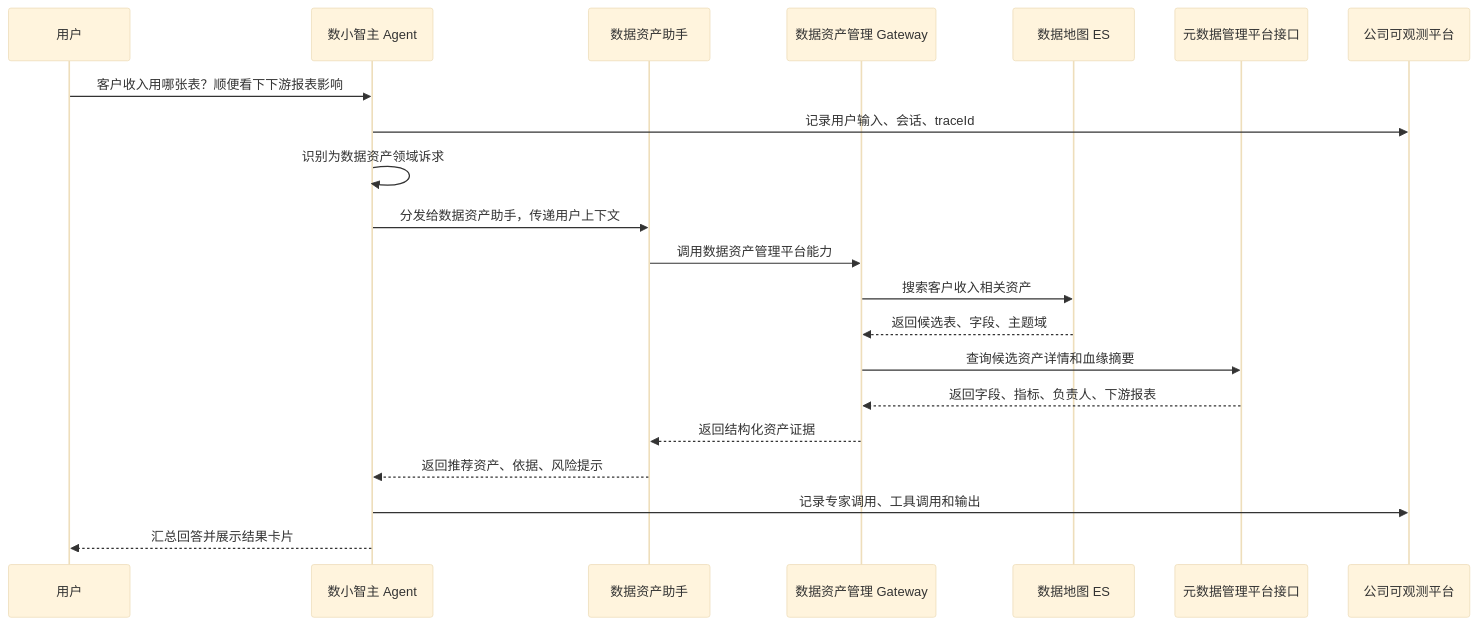
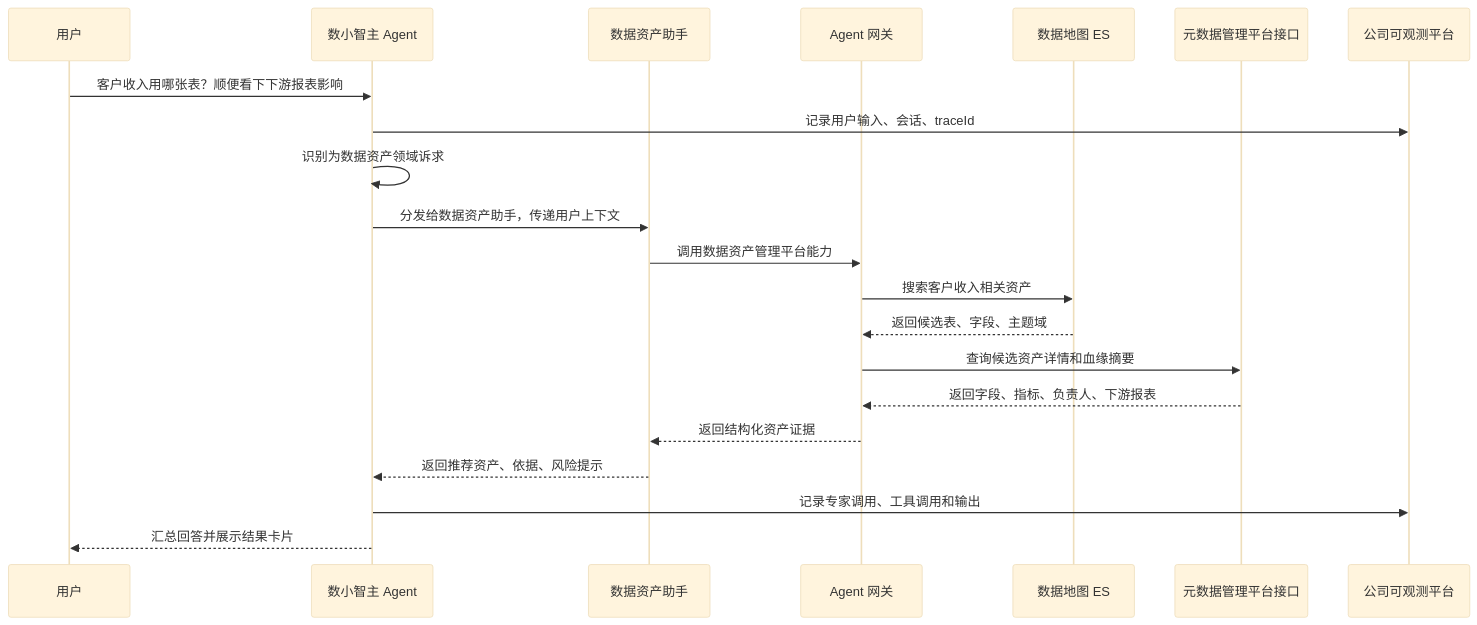
The third of 3 diagrams in 数据资产助手/02-数据资产助手定位与数小智关系.md (ShaneLiu001/dataasset), drawn with Mermaid (base theme) before and after one commit. The commit also changed other lines of this file and 17 other files, not shown here.

````diff
--- a/数据资产助手/02-数据资产助手定位与数小智关系.md
+++ b/数据资产助手/02-数据资产助手定位与数小智关系.md
@@ -100,24 +100,24 @@
 ```mermaid
 sequenceDiagram
   participant U as 用户
   participant X as 数小智主 Agent
   participant A as 数据资产助手
-  participant G as 数据资产管理 Gateway
+  participant G as Agent 网关
   participant ES as 数据地图 ES
   participant M as 元数据管理平台接口
   participant O as 公司可观测平台
 
   U->>X: 客户收入用哪张表？顺便看下下游报表影响
   X->>O: 记录用户输入、会话、traceId
   X->>X: 识别为数据资产领域诉求
   X->>A: 分发给数据资产助手，传递用户上下文
   A->>G: 调用数据资产管理平台能力
   G->>ES: 搜索客户收入相关资产
   ES-->>G: 返回候选表、字段、主题域
   G->>M: 查询候选资产详情和血缘摘要
   M-->>G: 返回字段、指标、负责人、下游报表
   G-->>A: 返回结构化资产证据
   A-->>X: 返回推荐资产、依据、风险提示
   X->>O: 记录专家调用、工具调用和输出
   X-->>U: 汇总回答并展示结果卡片
 ```
````
